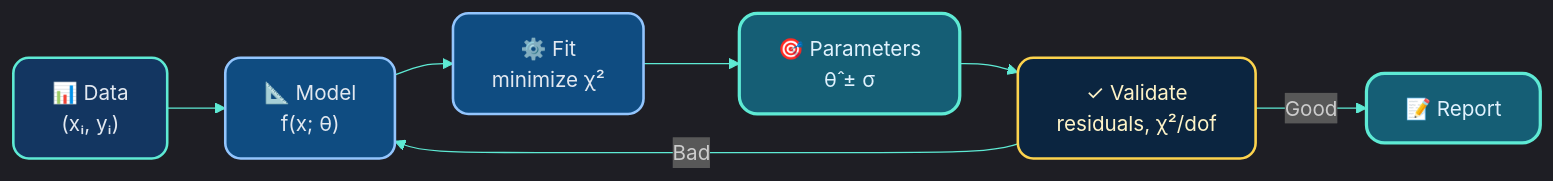
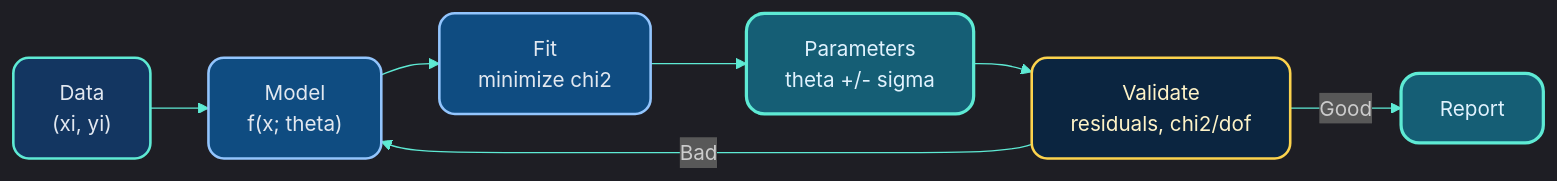
Before and after one commit to MindaugasSarpis/CERN_lessons_on_data_analysis: the diagram in lectures/content/slides/L10_Data_Fitting.md, drawn with Mermaid. The commit also changed other lines of this file and 19 other files, not shown here.

````diff
--- a/lectures/content/slides/L10_Data_Fitting.md
+++ b/lectures/content/slides/L10_Data_Fitting.md
@@ -99,15 +137,15 @@
 ```mermaid {scale: 0.9}
 %%{init: {'theme': 'dark', 'themeVariables': {'primaryColor': '#0f1f3d', 'primaryBorderColor': '#60a5fa', 'primaryTextColor': '#e2e8f0', 'secondaryColor': '#102b4c', 'lineColor': '#5eead4', 'fontFamily': 'Inter, system-ui, sans-serif'}, 'flowchart': {'curve': 'basis', 'htmlLabels': true, 'useMaxWidth': true, 'nodeSpacing': 40, 'rankSpacing': 45}}}%%
 flowchart LR
-    Data["📊 Data<br/>(xᵢ, yᵢ)"]:::input --> Model["📐 Model<br/>f(x; θ)"]:::process
-    Model --> Fit["⚙️ Fit<br/>minimize χ²"]:::process
-    Fit --> Params["🎯 Parameters<br/>θ̂ ± σ"]:::output
-    Params --> Validate["✓ Validate<br/>residuals, χ²/dof"]:::check
-    Validate -->|Good| Report["📝 Report"]:::output
+    Data["Data<br/>(xi, yi)"]:::input --> Model["Model<br/>f(x; theta)"]:::process
+    Model --> Fit["Fit<br/>minimize chi2"]:::process
+    Fit --> Params["Parameters<br/>theta +/- sigma"]:::output
+    Params --> Validate["Validate<br/>residuals, chi2/dof"]:::check
+    Validate -->|Good| Report["Report"]:::output
     Validate -->|Bad| Model
 
     classDef input fill:#133661,stroke:#5eead4,stroke-width:2px,color:#e2e8f0,rx:12px,ry:12px
     classDef process fill:#0f4c81,stroke:#93c5fd,stroke-width:2px,color:#e2e8f0,rx:12px,ry:12px
     classDef output fill:#155e75,stroke:#5eead4,stroke-width:2.5px,color:#e0f2fe,rx:14px,ry:14px
     classDef check fill:#0b2540,stroke:#fcd34d,stroke-width:2px,color:#fef3c7,rx:12px,ry:12px
 ```
````
